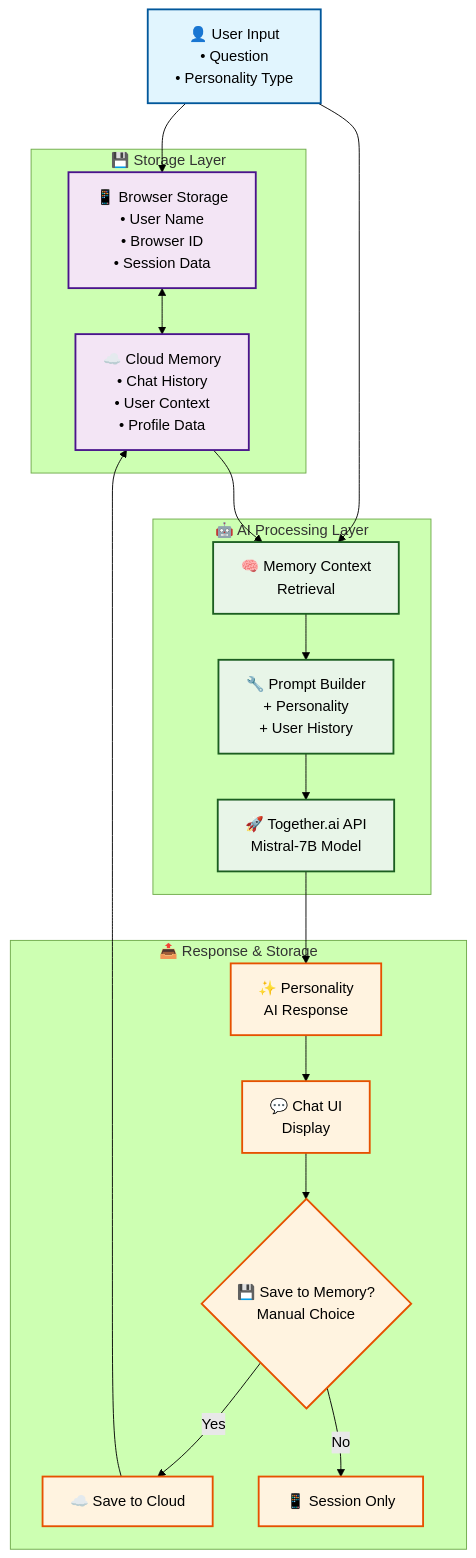
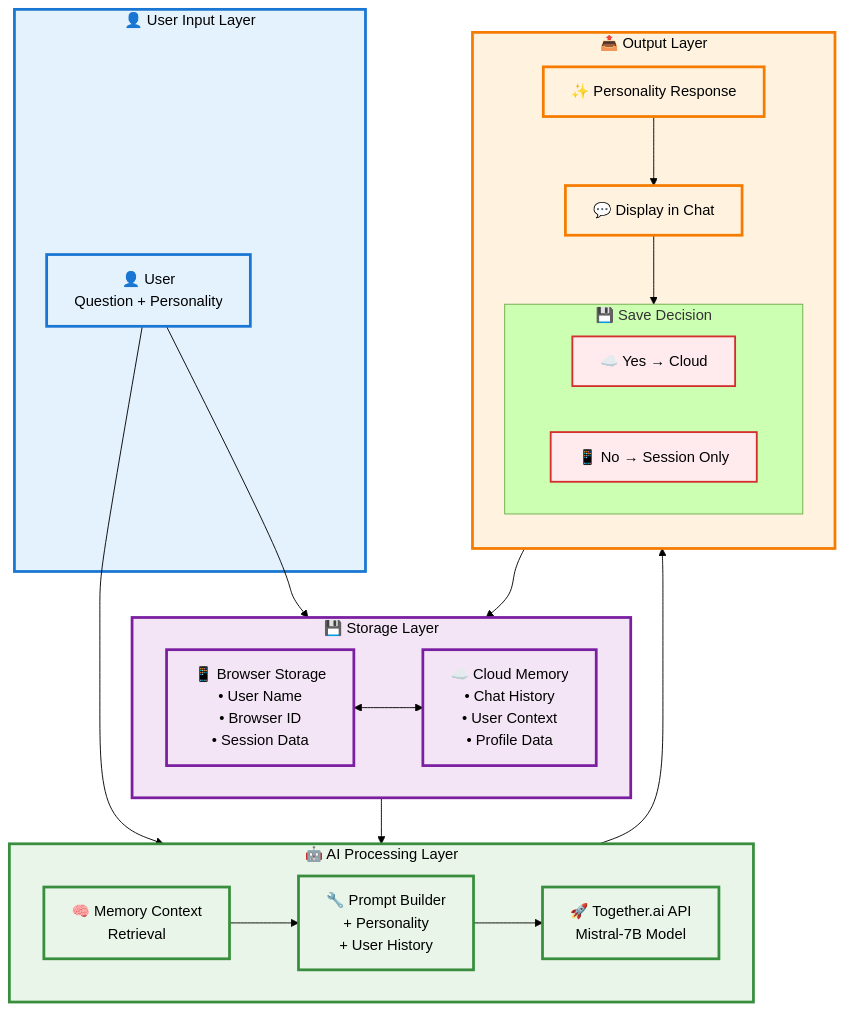
The first of 2 diagrams in README.md (violettance/cognitype_chatbot), drawn with Mermaid (forest theme) before and after one commit. The commit also changed other lines of this file, not shown here.

Commit message:
Refactor: Update README.md for clarity and enhance data flow diagrams with improved styling

````diff
--- a/README.md
+++ b/README.md
@@ -64,52 +64,66 @@
 ```mermaid
-graph TD
-    %% User Layer
-    User[👤 User Input<br/>• Question<br/>• Personality Type] 
+graph TB
+    %% User Input Layer
+    subgraph UserLayer ["👤 User Input Layer"]
+        User[👤 User<br/>Question + Personality]
+    end
     
-    %% Storage Layer
-    subgraph Storage ["💾 Storage Layer"]
+    %% Storage Layer - Side by side
+    subgraph StorageLayer ["💾 Storage Layer"]
+        direction LR
         LocalStorage[📱 Browser Storage<br/>• User Name<br/>• Browser ID<br/>• Session Data]
         CloudMemory[☁️ Cloud Memory<br/>• Chat History<br/>• User Context<br/>• Profile Data]
+        LocalStorage <--> CloudMemory
     end
     
-    %% Processing Layer
+    %% AI Processing Layer - Sequential flow
     subgraph AILayer ["🤖 AI Processing Layer"]
-        MemoryRetrieval[🧠 Memory Context<br/>Retrieval]
+        direction LR
+        MemoryRetrieval[🧠 Memory Context<br/>Retrieval] 
         PromptBuilder[🔧 Prompt Builder<br/>+ Personality<br/>+ User History]
         TogetherAPI[🚀 Together.ai API<br/>Mistral-7B Model]
+        MemoryRetrieval --> PromptBuilder --> TogetherAPI
     end
     
-    %% Response Layer
-    subgraph ResponseLayer ["📤 Response & Storage"]
-        AIResponse[✨ Personality<br/>AI Response]
-        ChatUI[💬 Chat UI<br/>Display]
-        SaveDecision{💾 Save to Memory?<br/>Manual Choice}
-        CloudSave[☁️ Save to Cloud]
-        SessionOnly[📱 Session Only]
+    %% Output Layer - Response handling
+    subgraph OutputLayer ["📤 Output Layer"]
+        direction TB
+        AIResponse[✨ Personality Response]
+        ChatUI[💬 Display in Chat]
+        
+        subgraph SaveOptions ["💾 Save Decision"]
+            direction LR
+            CloudSave[☁️ Yes → Cloud]
+            SessionOnly[📱 No → Session Only]
+        end
+        
+        AIResponse --> ChatUI
+        ChatUI --> SaveOptions
     end
     
-    %% Data Flow Connections
+    %% Main Flow Connections
     User --> LocalStorage
     User --> MemoryRetrieval
-    LocalStorage <--> CloudMemory
     CloudMemory --> MemoryRetrieval
-    MemoryRetrieval --> PromptBuilder
-    PromptBuilder --> TogetherAPI
     TogetherAPI --> AIResponse
-    AIResponse --> ChatUI
-    ChatUI --> SaveDecision
-    SaveDecision -->|Yes| CloudSave
-    SaveDecision -->|No| SessionOnly
     CloudSave --> CloudMemory
     
-    %% Styling
-    classDef userClass fill:#e1f5fe,stroke:#01579b,stroke-width:2px
-    classDef storageClass fill:#f3e5f5,stroke:#4a148c,stroke-width:2px
-    classDef aiClass fill:#e8f5e8,stroke:#1b5e20,stroke-width:2px
-    classDef responseClass fill:#fff3e0,stroke:#e65100,stroke-width:2px
+    %% Enhanced Styling
+    classDef userClass fill:#E3F2FD,stroke:#1976D2,stroke-width:3px,color:#000
+    classDef storageClass fill:#F3E5F5,stroke:#7B1FA2,stroke-width:3px,color:#000
+    classDef aiClass fill:#E8F5E8,stroke:#388E3C,stroke-width:3px,color:#000
+    classDef outputClass fill:#FFF3E0,stroke:#F57C00,stroke-width:3px,color:#000
+    classDef saveClass fill:#FFEBEE,stroke:#D32F2F,stroke-width:2px,color:#000
     
     class User userClass
     class LocalStorage,CloudMemory storageClass
     class MemoryRetrieval,PromptBuilder,TogetherAPI aiClass
-    class AIResponse,ChatUI,SaveDecision,CloudSave,SessionOnly responseClass
+    class AIResponse,ChatUI outputClass
+    class CloudSave,SessionOnly saveClass
+    
+    %% Layer styling
+    class UserLayer userClass
+    class StorageLayer storageClass
+    class AILayer aiClass
+    class OutputLayer outputClass
 ```
````
